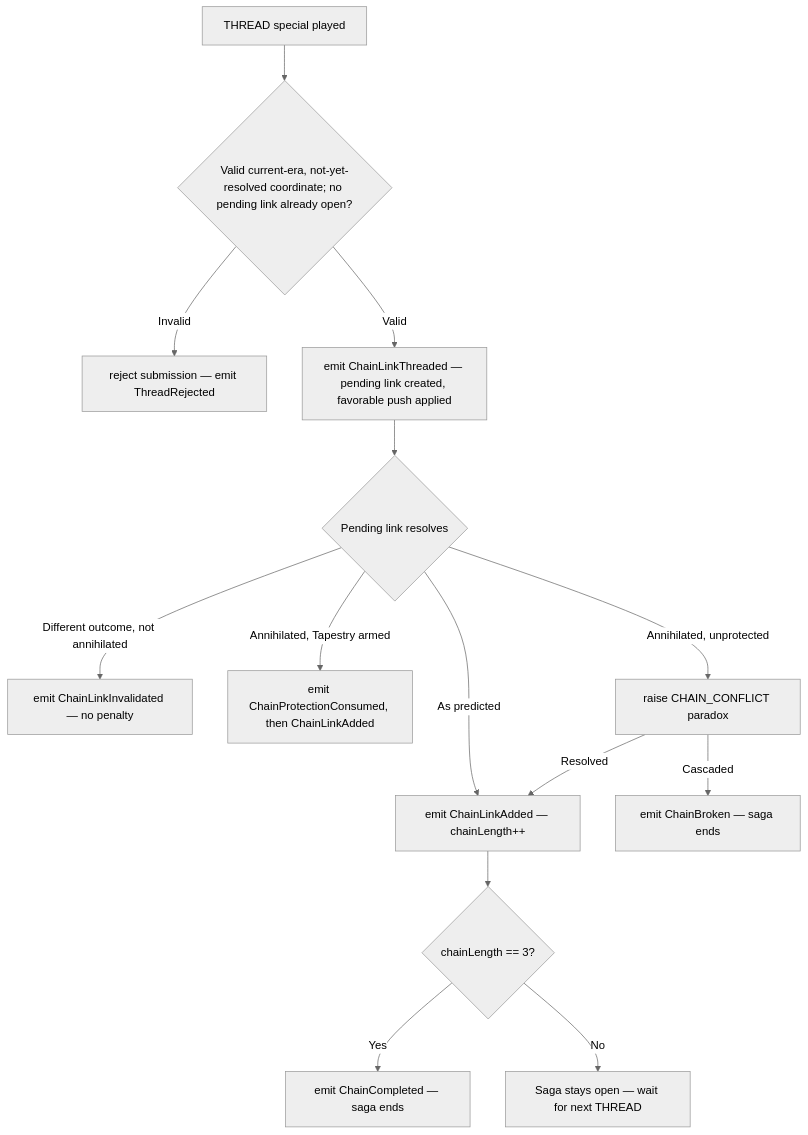
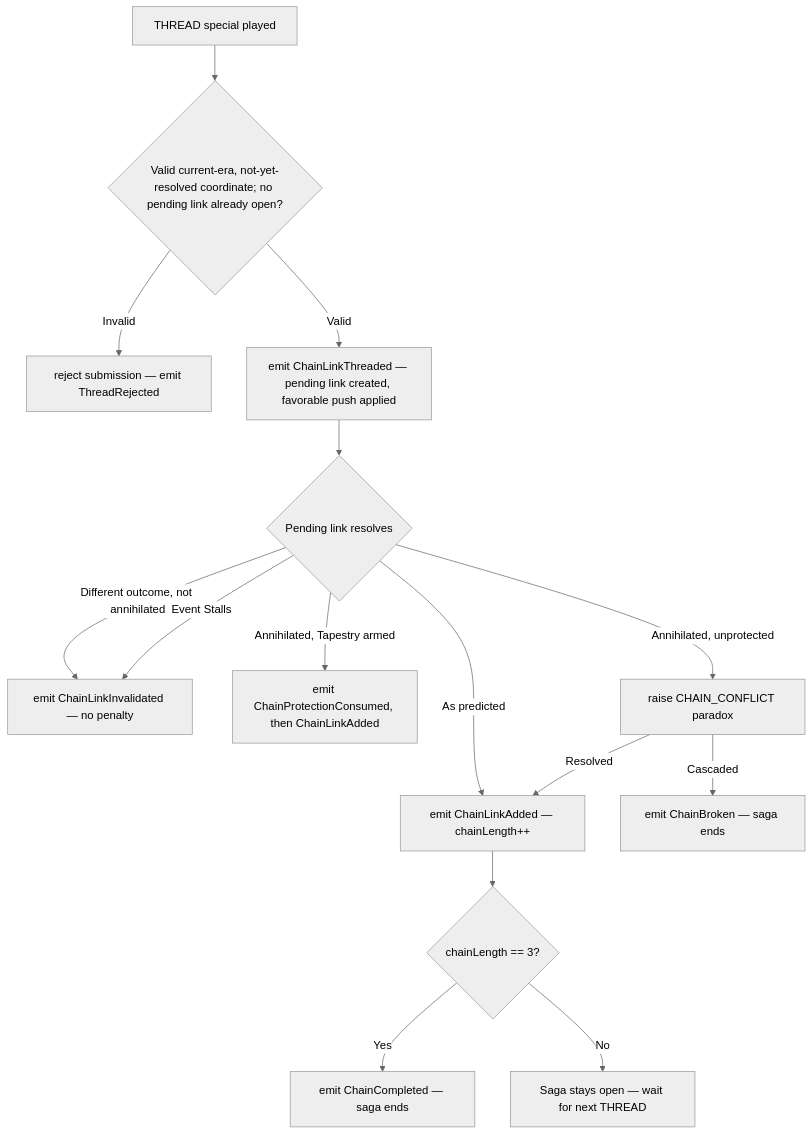
One commit to temporal-rift/docs changed the first of 2 diagrams in sagas/special.mdx. Above: the diagram before and after it, drawn with Mermaid (neutral theme). The commit also changed other lines of this file and 8 other files, not shown here.

````diff
--- a/sagas/special.mdx
+++ b/sagas/special.mdx
@@ -18,16 +18,17 @@
 ```mermaid
 flowchart TD
   A[THREAD special played] --> B{Valid current-era, not-yet-resolved coordinate; no pending link already open?}
   B -->|Invalid| C[reject submission — emit ThreadRejected]
   B -->|Valid| D[emit ChainLinkThreaded — pending link created, favorable push applied]
   D --> E{Pending link resolves}
   E -->|As predicted| F[emit ChainLinkAdded — chainLength++]
   E -->|Different outcome, not annihilated| G[emit ChainLinkInvalidated — no penalty]
+  E -->|Event Stalls| G
   E -->|Annihilated, Tapestry armed| H[emit ChainProtectionConsumed, then ChainLinkAdded]
   E -->|Annihilated, unprotected| I[raise CHAIN_CONFLICT paradox]
   I -->|Resolved| F
   I -->|Cascaded| J[emit ChainBroken — saga ends]
   F --> K{chainLength == 3?}
   K -->|Yes| L[emit ChainCompleted — saga ends]
   K -->|No| M[Saga stays open — wait for next THREAD]
 ```
````
